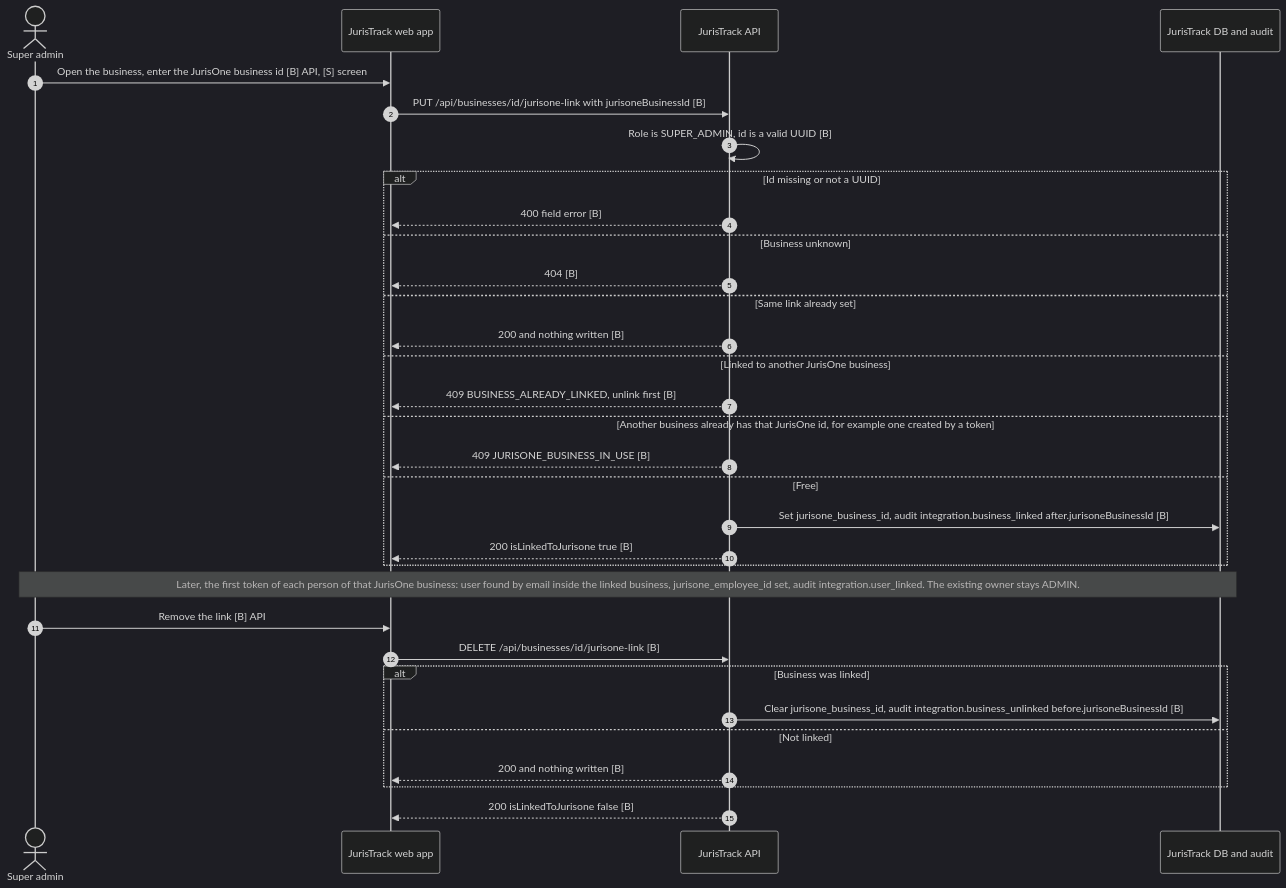
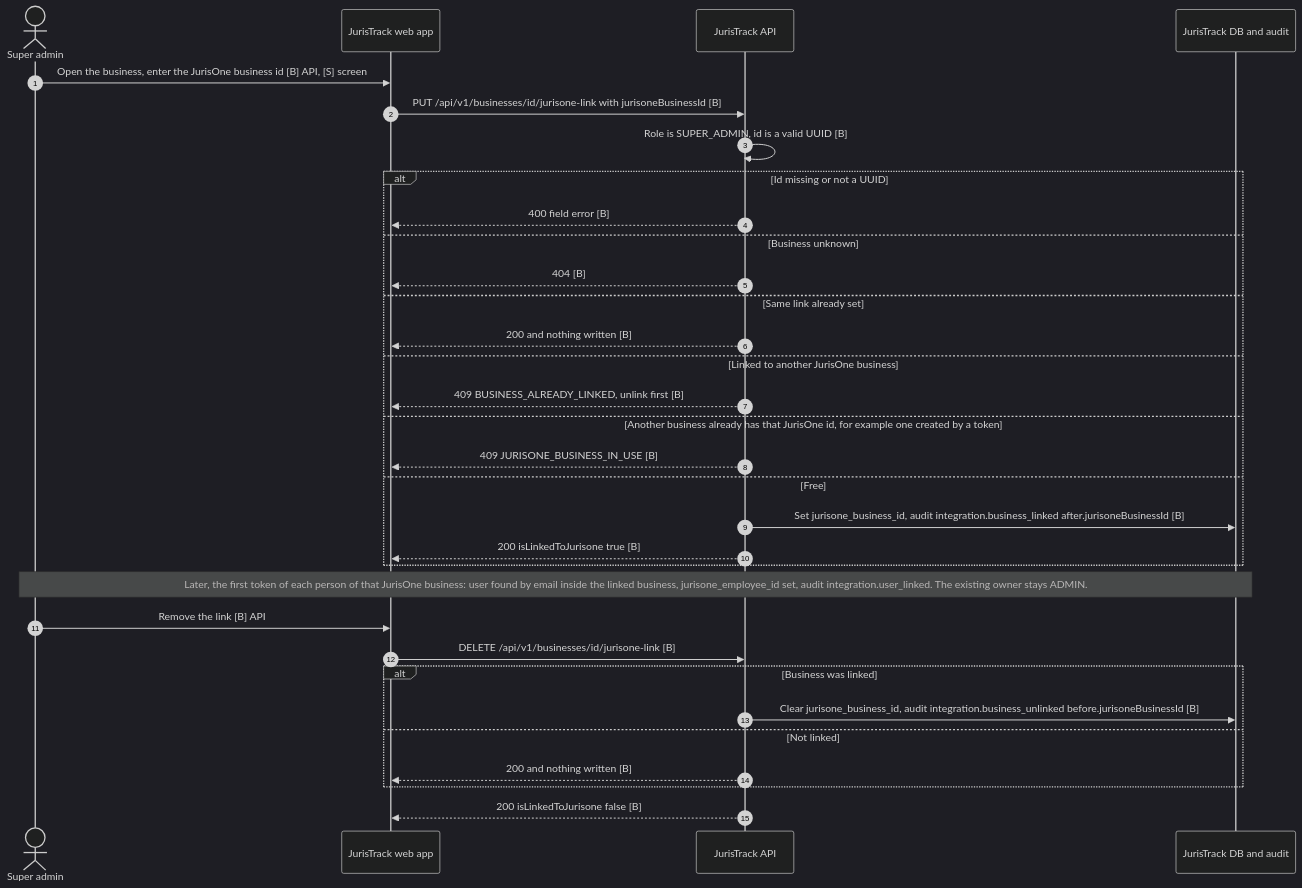
One commit to amitjurislpo/Juris-one changed the fifth of 6 diagrams in references/FLOW-JurisTrack-JurisOne-Connection.md. Above: the diagram before and after it, drawn with Mermaid (dark theme). The commit also changed other lines of this file and 5 other files, not shown here.

First line of the commit message:
Docs: version entries for the /api/v1 change; JurisTrack paths in the connection flow

````diff
--- a/references/FLOW-JurisTrack-JurisOne-Connection.md
+++ b/references/FLOW-JurisTrack-JurisOne-Connection.md
@@ -230,35 +233,35 @@
 ```mermaid
 sequenceDiagram
     autonumber
     actor SA as Super admin
     participant TW as JurisTrack web app
     participant TA as JurisTrack API
     participant DB as JurisTrack DB and audit
 
     SA->>TW: Open the business, enter the JurisOne business id [B] API, [S] screen
-    TW->>TA: PUT /api/businesses/id/jurisone-link with jurisoneBusinessId [B]
+    TW->>TA: PUT /api/v1/businesses/id/jurisone-link with jurisoneBusinessId [B]
     TA->>TA: Role is SUPER_ADMIN, id is a valid UUID [B]
     alt Id missing or not a UUID
         TA-->>TW: 400 field error [B]
     else Business unknown
         TA-->>TW: 404 [B]
     else Same link already set
         TA-->>TW: 200 and nothing written [B]
     else Linked to another JurisOne business
         TA-->>TW: 409 BUSINESS_ALREADY_LINKED, unlink first [B]
     else Another business already has that JurisOne id, for example one created by a token
         TA-->>TW: 409 JURISONE_BUSINESS_IN_USE [B]
     else Free
         TA->>DB: Set jurisone_business_id, audit integration.business_linked after.jurisoneBusinessId [B]
         TA-->>TW: 200 isLinkedToJurisone true [B]
     end
     Note over SA,DB: Later, the first token of each person of that JurisOne business: user found by email inside the linked business, jurisone_employee_id set, audit integration.user_linked. The existing owner stays ADMIN.
     SA->>TW: Remove the link [B] API
-    TW->>TA: DELETE /api/businesses/id/jurisone-link [B]
+    TW->>TA: DELETE /api/v1/businesses/id/jurisone-link [B]
     alt Business was linked
         TA->>DB: Clear jurisone_business_id, audit integration.business_unlinked before.jurisoneBusinessId [B]
     else Not linked
         TA-->>TW: 200 and nothing written [B]
     end
     TA-->>TW: 200 isLinkedToJurisone false [B]
 ```
````
